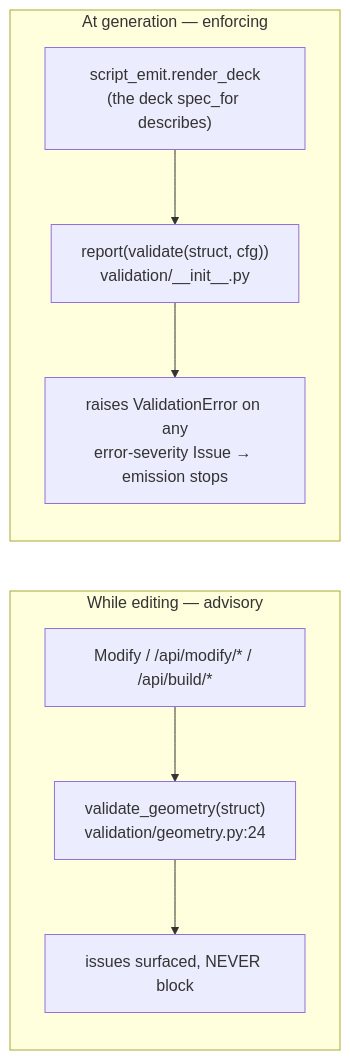
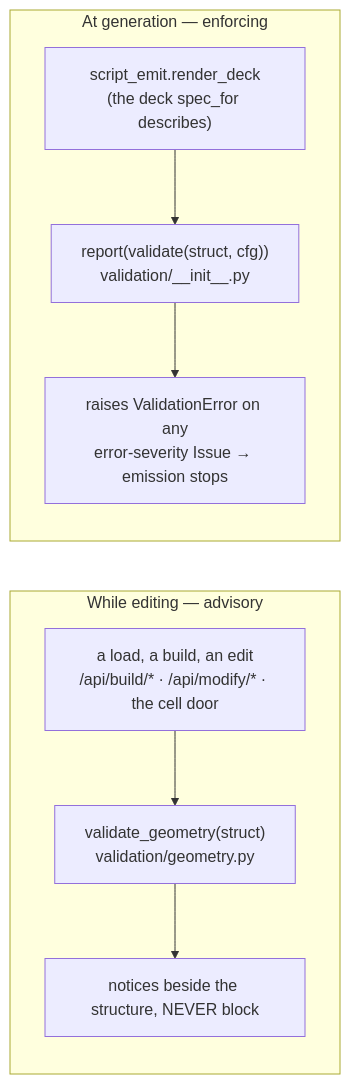
Before and after one commit to Qing-LAB/molbuilder: the second of 3 diagrams in docs/science/overview.md, drawn with Mermaid. The commit also changed other lines of this file and 47 other files, not shown here.

First line of the commit message:
2.69.21: the structure sent once; the geometry's advice while editing

````diff
--- a/docs/science/overview.md
+++ b/docs/science/overview.md
@@ -70,15 +70,15 @@
 ```mermaid
 flowchart LR
     subgraph EDIT["While editing — advisory"]
-        E1["Modify / /api/modify/* / /api/build/*"]
-        E2["validate_geometry(struct)<br/>validation/geometry.py:24"]
-        E3["issues surfaced, NEVER block"]
+        E1["a load, a build, an edit<br/>/api/build/* · /api/modify/* · the cell door"]
+        E2["validate_geometry(struct)<br/>validation/geometry.py"]
+        E3["notices beside the structure, NEVER block"]
         E1 --> E2 --> E3
     end
     subgraph GEN["At generation — enforcing"]
         G1["script_emit.render_deck<br/>(the deck spec_for describes)"]
         G2["report(validate(struct, cfg))<br/>validation/__init__.py"]
         G3["raises ValidationError on any<br/>error-severity Issue → emission stops"]
         G1 --> G2 --> G3
     end
 ```
````
